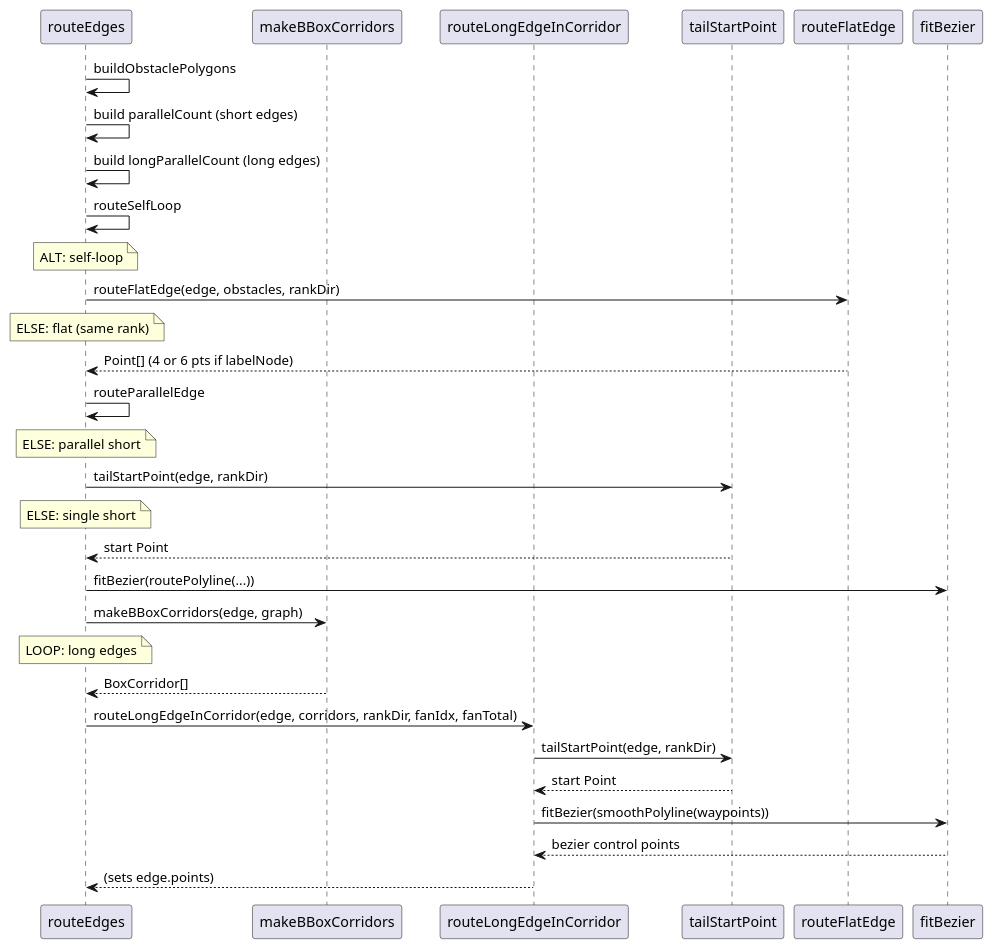
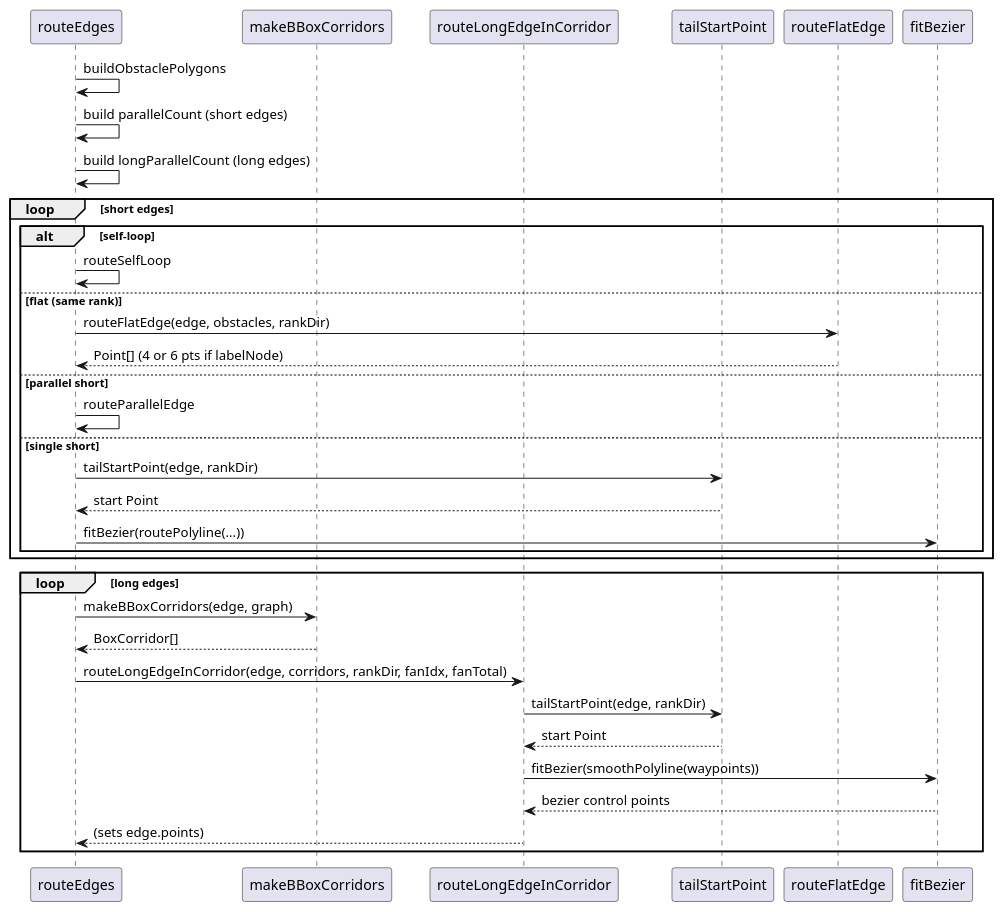
Before and after one commit to knowvah/plantuml-ts: the diagram in plans/splines-rewrite/diagrams/data-flow.md, drawn with PlantUML. The commit also changed 13 other files, not shown here.

First line of the commit message:
docs: restore real alt/else/loop grouping in the converted diagrams

````diff
--- a/plans/splines-rewrite/diagrams/data-flow.md
+++ b/plans/splines-rewrite/diagrams/data-flow.md
@@ -3,36 +3,37 @@
 ```plantuml
 @startuml
-' NOTE: mermaid grouping flattened -- alt/opt/loop/group render the whole
-' diagram EMPTY in plantuml-ts today (.agent-notes/plantuml-sequence-group-empty.md).
-' Original nesting: loop short edges ; alt self-loop ; else flat (same rank) ; else parallel short ; else single short ; loop long edges
 participant "routeEdges" as RE
 participant "makeBBoxCorridors" as MBC
 participant "routeLongEdgeInCorridor" as RLIC
 participant "tailStartPoint" as TSP
 participant "routeFlatEdge" as RFE
 participant "fitBezier" as FB
 RE -> RE : buildObstaclePolygons
 RE -> RE : build parallelCount (short edges)
 RE -> RE : build longParallelCount (long edges)
-RE -> RE : routeSelfLoop
-note over RE : ALT: self-loop
-RE -> RFE : routeFlatEdge(edge, obstacles, rankDir)
-note over RE : ELSE: flat (same rank)
-RFE --> RE : Point[] (4 or 6 pts if labelNode)
-RE -> RE : routeParallelEdge
-note over RE : ELSE: parallel short
-RE -> TSP : tailStartPoint(edge, rankDir)
-note over RE : ELSE: single short
-TSP --> RE : start Point
-RE -> FB : fitBezier(routePolyline(...))
-RE -> MBC : makeBBoxCorridors(edge, graph)
-note over RE : LOOP: long edges
-MBC --> RE : BoxCorridor[]
-RE -> RLIC : routeLongEdgeInCorridor(edge, corridors, rankDir, fanIdx, fanTotal)
-RLIC -> TSP : tailStartPoint(edge, rankDir)
-TSP --> RLIC : start Point
-RLIC -> FB : fitBezier(smoothPolyline(waypoints))
-FB --> RLIC : bezier control points
-RLIC --> RE : (sets edge.points)
+loop short edges
+  alt self-loop
+    RE -> RE : routeSelfLoop
+  else flat (same rank)
+    RE -> RFE : routeFlatEdge(edge, obstacles, rankDir)
+    RFE --> RE : Point[] (4 or 6 pts if labelNode)
+  else parallel short
+    RE -> RE : routeParallelEdge
+  else single short
+    RE -> TSP : tailStartPoint(edge, rankDir)
+    TSP --> RE : start Point
+    RE -> FB : fitBezier(routePolyline(...))
+  end
+end
+loop long edges
+  RE -> MBC : makeBBoxCorridors(edge, graph)
+  MBC --> RE : BoxCorridor[]
+  RE -> RLIC : routeLongEdgeInCorridor(edge, corridors, rankDir, fanIdx, fanTotal)
+  RLIC -> TSP : tailStartPoint(edge, rankDir)
+  TSP --> RLIC : start Point
+  RLIC -> FB : fitBezier(smoothPolyline(waypoints))
+  FB --> RLIC : bezier control points
+  RLIC --> RE : (sets edge.points)
+end
 @enduml
 ```
````
